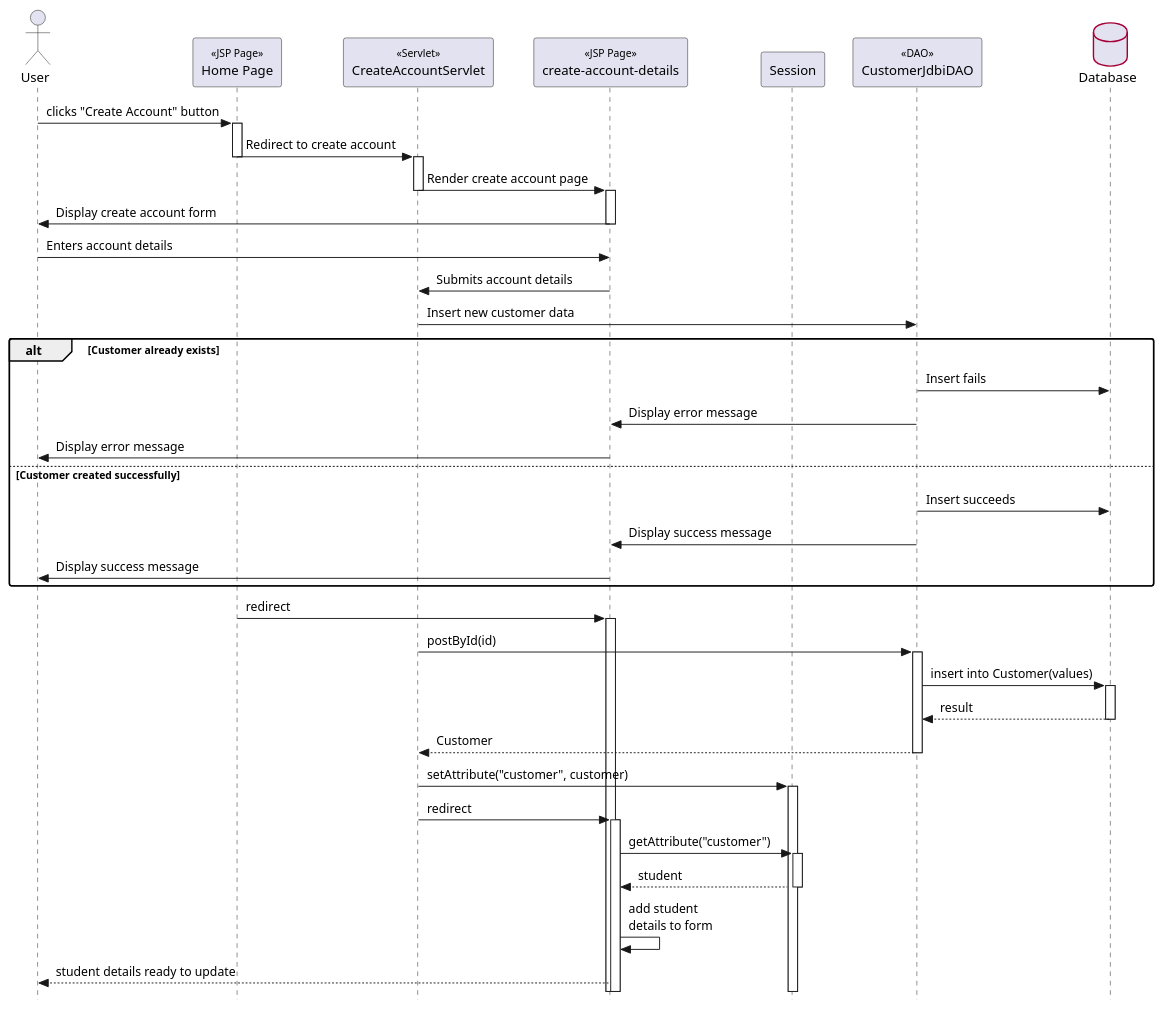
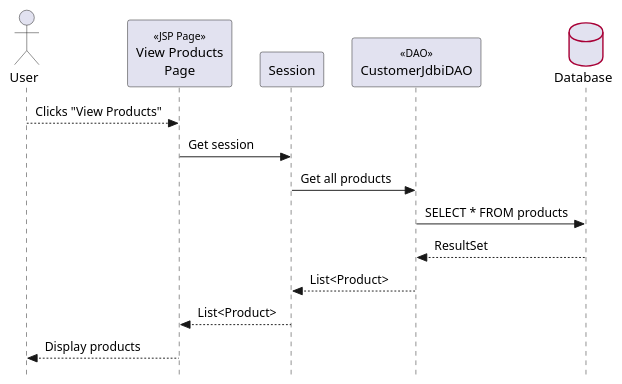
The diagram in diagrams/test.puml (dyrel78/INFO-202), drawn with PlantUML before and after one commit. The commit also changed 10 other files, not shown here.

Commit message:
Finished Diagram Closes Issue # 18

```diff
--- a/diagrams/test.puml
+++ b/diagrams/test.puml
@@ -1,71 +1,51 @@
 @startuml
 
 ' === Style Tweaks ===
 
 skinparam {
   Style StrictUML
   RoundCorner 5
   ParticipantPadding 10
   Padding 2
   SequenceStereotype {
     Font {
       Size 11
       Style plain
     }
   }
   Database {
     BorderColor #A80036
   }
 }
 
 
 ' === Actors / Participants
 
 actor "User" as user
-participant "Home Page" as homePage << JSP Page >>
-participant "CreateAccountServlet" as createServlet <<Servlet>>
-participant "create-account-details" as createPage << JSP Page >>
+participant "View Products\nPage" as viewPage << JSP Page >>
 participant "Session" as session
 participant "CustomerJdbiDAO" as dao << DAO >>
 database "Database" as db
+
+user --> viewPage: Clicks "View Products"
+viewPage -> session: Get session
+session -> dao: Get all products
+dao -> db: SELECT * FROM products
+db --> dao: ResultSet
+dao --> session: List<Product>
+session --> viewPage: List<Product>
+viewPage --> user: Display products
+
+  
+
+
+
 
 
 ' === Interactions ===
 
 
-user -> homePage++ : clicks "Create Account" button
-homePage -> createServlet--++ : Redirect to create account
-createServlet -> createPage--++ : Render create account page
-createPage -> user-- : Display create account form
-user -> createPage : Enters account details
-createPage -> createServlet : Submits account details
-createServlet -> dao : Insert new customer data
 
-alt Customer already exists
-  dao -> db : Insert fails
-  dao -> createPage : Display error message
-  createPage -> user : Display error message
-else Customer created successfully
-    dao -> db : Insert succeeds
-    dao -> createPage : Display success message
-    createPage -> user : Display success message
-    end
 
-homePage -> createPage++: redirect
-
-createServlet -> dao++ : postById(id)
-dao -> db++ : insert into Customer(values)
-
-return result
-return Customer
-
-createServlet -> session++ : setAttribute("customer", customer)
-createServlet -> createPage++ : redirect
-createPage -> session++ : getAttribute("customer")
-return student
-
-createPage -> createPage : add student\ndetails to form
-
-createPage -->user : student details ready to update
 
 @enduml
```
